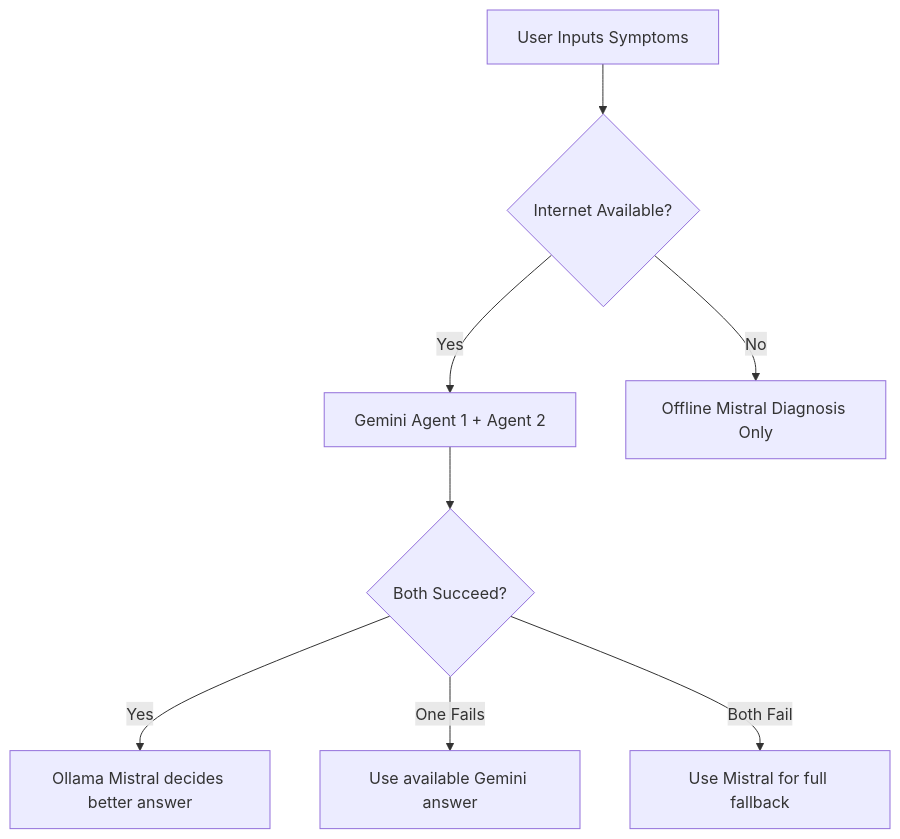
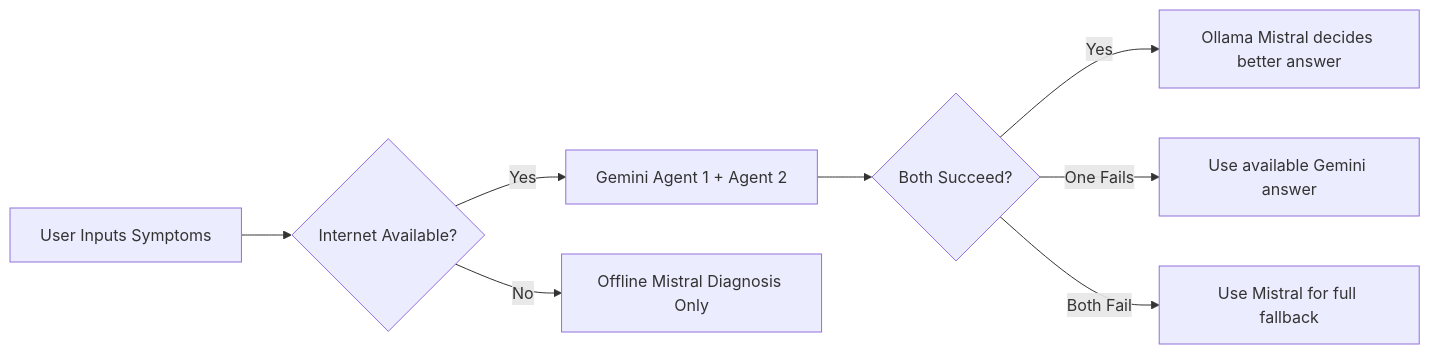
The diagram in README.md (proxymaster356/Sympteller), drawn with Mermaid before and after one commit. The commit also changed other lines of this file, not shown here.

````diff
--- a/README.md
+++ b/README.md
@@ -10,10 +10,10 @@
 ```mermaid
-graph TD
+graph LR
     A[User Inputs Symptoms] --> B{Internet Available?}
     B -- Yes --> C[Gemini Agent 1 + Agent 2]
     C --> D{Both Succeed?}
     D -- Yes --> E[Ollama Mistral decides better answer]
     D -- One Fails --> F[Use available Gemini answer]
     D -- Both Fail --> G[Use Mistral for full fallback]
     B -- No --> H[Offline Mistral Diagnosis Only]
 ```
````
